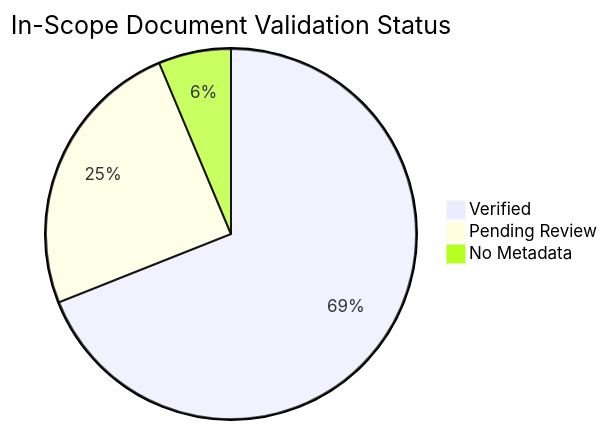
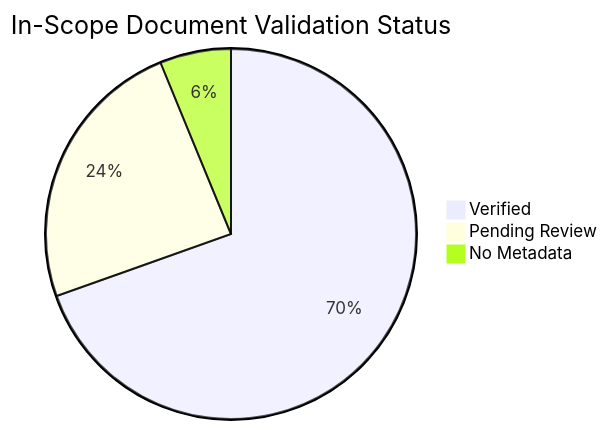
One commit to yeongseon/azure-container-apps-practical-guide changed the diagram in docs/reference/content-validation-status.md. Above: the diagram before and after it, drawn with Mermaid. The commit also changed other lines of this file and 4 other files, not shown here.

````diff
--- a/docs/reference/content-validation-status.md
+++ b/docs/reference/content-validation-status.md
@@ -25,6 +25,6 @@
 ```mermaid
 pie title In-Scope Document Validation Status
-    "Verified" : 109
+    "Verified" : 112
     "Pending Review" : 39
     "No Metadata" : 10
 ```
````
